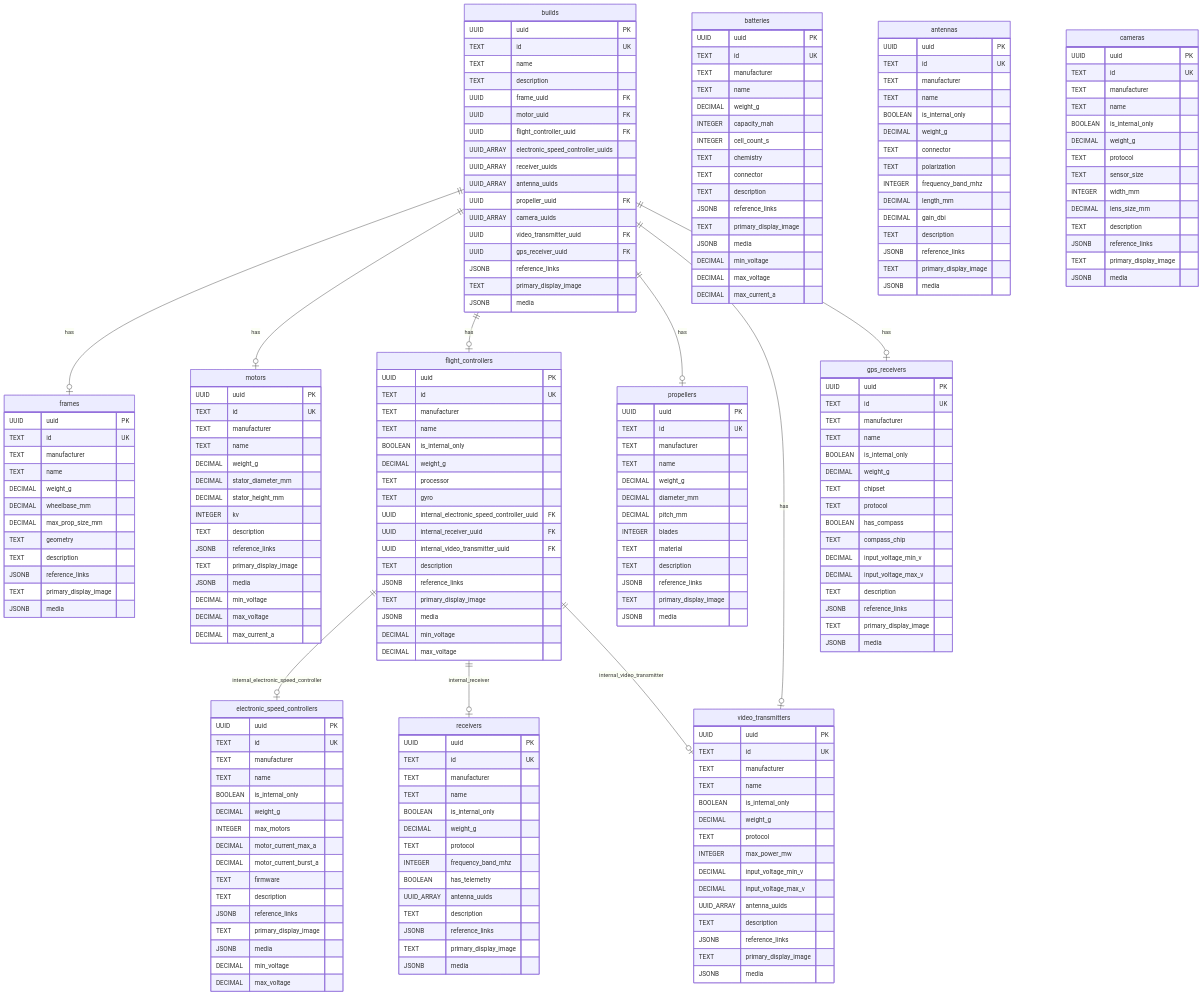
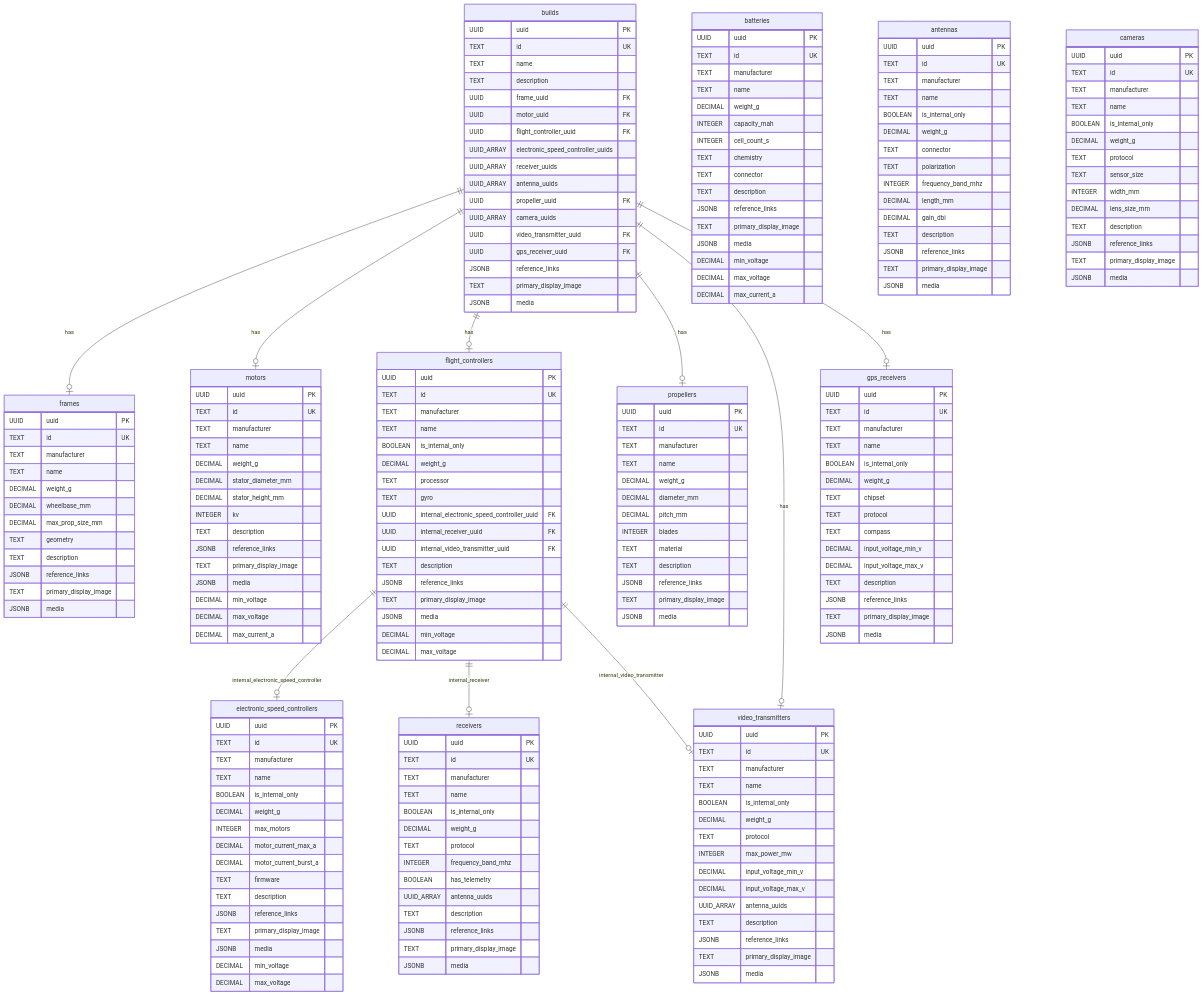
One commit to rohitramu/quadsmith changed the diagram in src/backend/db/diagram.mermaid. Above: the diagram before and after it, drawn with Mermaid. The commit also changed 9 other files, not shown here.

Commit message:
feat(gps): change compass to string field specifying compass chip

```diff
--- a/src/backend/db/diagram.mermaid
+++ b/src/backend/db/diagram.mermaid
@@ -205,8 +205,7 @@
         DECIMAL weight_g
         TEXT chipset
         TEXT protocol
-        BOOLEAN has_compass
-        TEXT compass_chip
+        TEXT compass
         DECIMAL input_voltage_min_v
         DECIMAL input_voltage_max_v
         TEXT description
```
